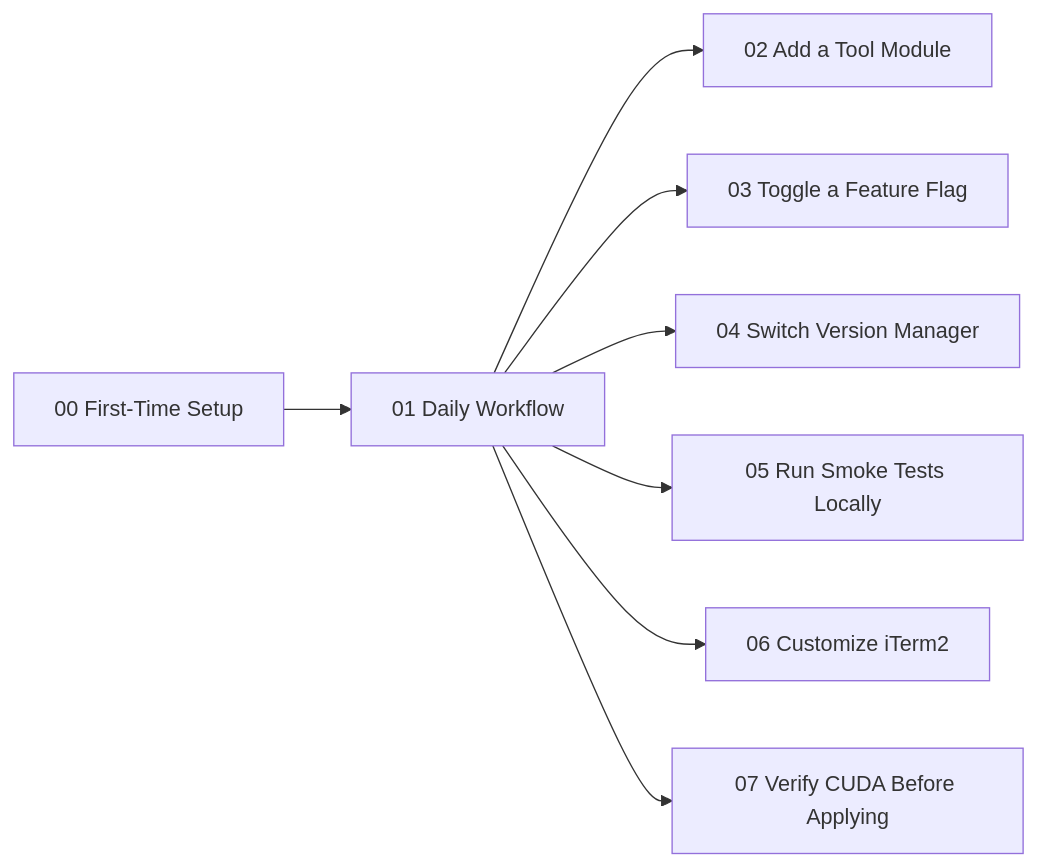
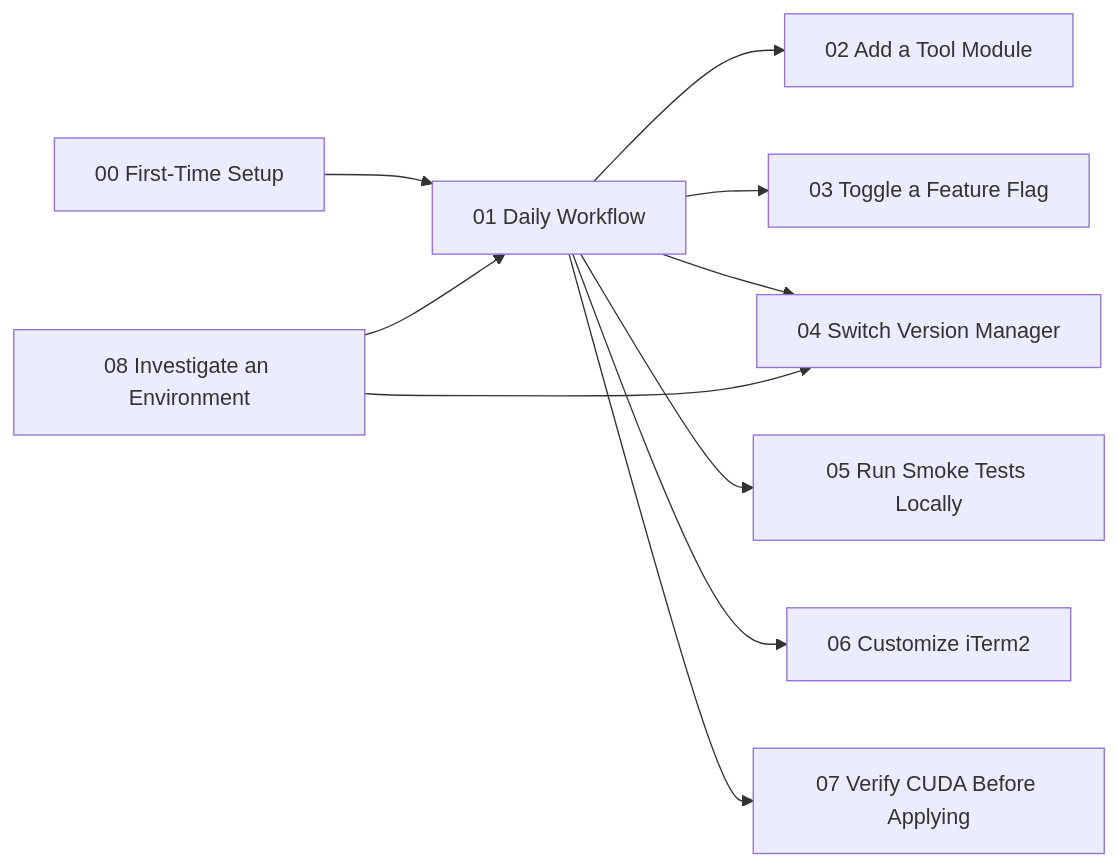
One commit to bossjones/zsh-dotfiles changed the diagram in docs/tutorials/README.md. Above: the diagram before and after it, drawn with Mermaid. The commit also changed other lines of this file and 10 other files, not shown here.

````diff
--- a/docs/tutorials/README.md
+++ b/docs/tutorials/README.md
@@ -28,10 +29,12 @@
 ```mermaid
 flowchart LR
     T00["00 First-Time Setup"] --> T01["01 Daily Workflow"]
     T01 --> T02["02 Add a Tool Module"]
     T01 --> T03["03 Toggle a Feature Flag"]
     T01 --> T04["04 Switch Version Manager"]
     T01 --> T05["05 Run Smoke Tests Locally"]
     T01 --> T06["06 Customize iTerm2"]
     T01 --> T07["07 Verify CUDA Before Applying"]
+    T08["08 Investigate an Environment"] --> T01
+    T08 --> T04
 ```
````
